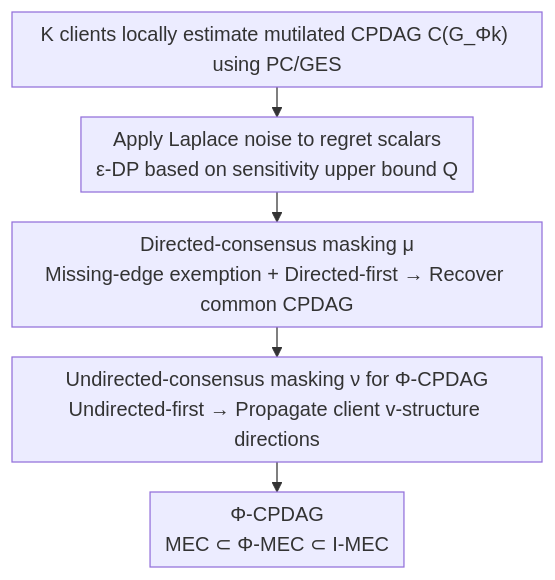
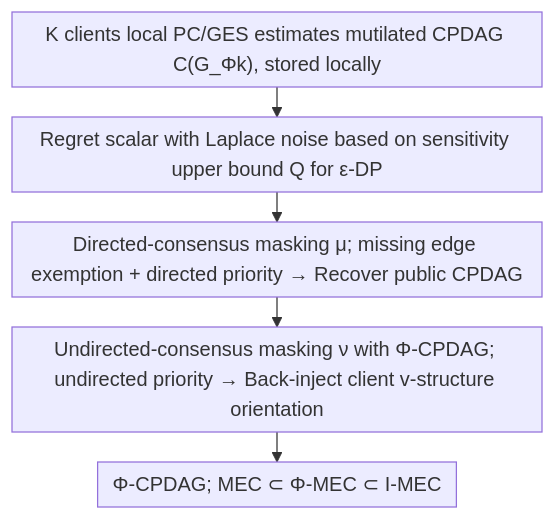
One commit to zhaoyang97/Paper-Notes-en changed the diagram in docs/ICML2026/ai_safety/regret-based_federated_causal_discovery_with_unknown_interventions.md. Above: the diagram before and after it, drawn with Mermaid. The commit also changed other lines of this file and 5084 other files, not shown here.

````diff
--- a/docs/ICML2026/ai_safety/regret-based_federated_causal_discovery_with_unknown_interventions.md
+++ b/docs/ICML2026/ai_safety/regret-based_federated_causal_discovery_with_unknown_interventions.md
@@ -44,8 +44,8 @@
 ```mermaid
 %%{init: {'flowchart': {'rankSpacing': 24, 'nodeSpacing': 28, 'padding': 6, 'wrappingWidth': 400}}}%%
 flowchart TD
-    A["K clients locally estimate mutilated CPDAG C(G_Φk) using PC/GES"] --> B["Apply Laplace noise to regret scalars<br/>ε-DP based on sensitivity upper bound Q"]
-    B --> C["Directed-consensus masking μ<br/>Missing-edge exemption + Directed-first → Recover common CPDAG"]
-    C --> D["Undirected-consensus masking ν for Φ-CPDAG<br/>Undirected-first → Propagate client v-structure directions"]
-    D --> E["Φ-CPDAG<br/>MEC ⊂ Φ-MEC ⊂ I-MEC"]
+    A["K clients local PC/GES estimates mutilated CPDAG C(G_Φk), stored locally"] --> B["Regret scalar with Laplace noise based on sensitivity upper bound Q for ε-DP"]
+    B --> C["Directed-consensus masking μ; missing edge exemption + directed priority → Recover public CPDAG"]
+    C --> D["Undirected-consensus masking ν with Φ-CPDAG; undirected priority → Back-inject client v-structure orientation"]
+    D --> E["Φ-CPDAG; MEC ⊂ Φ-MEC ⊂ I-MEC"]
 ```
````
